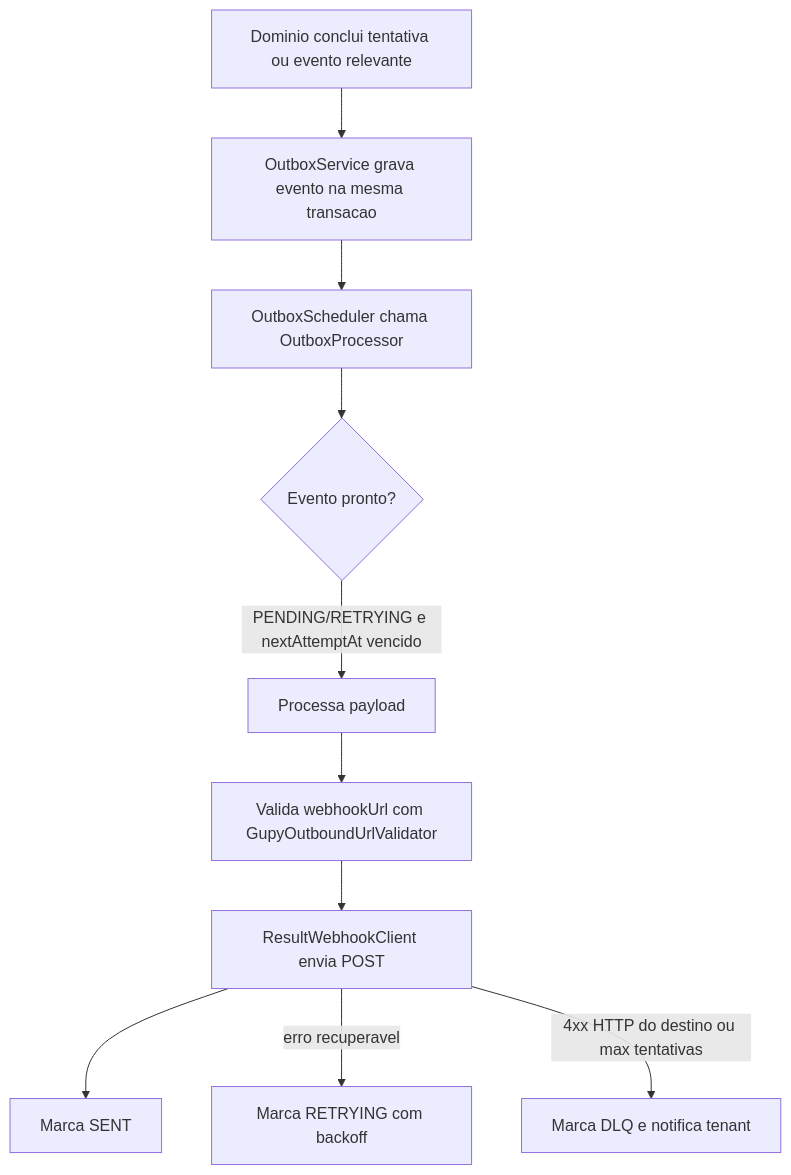
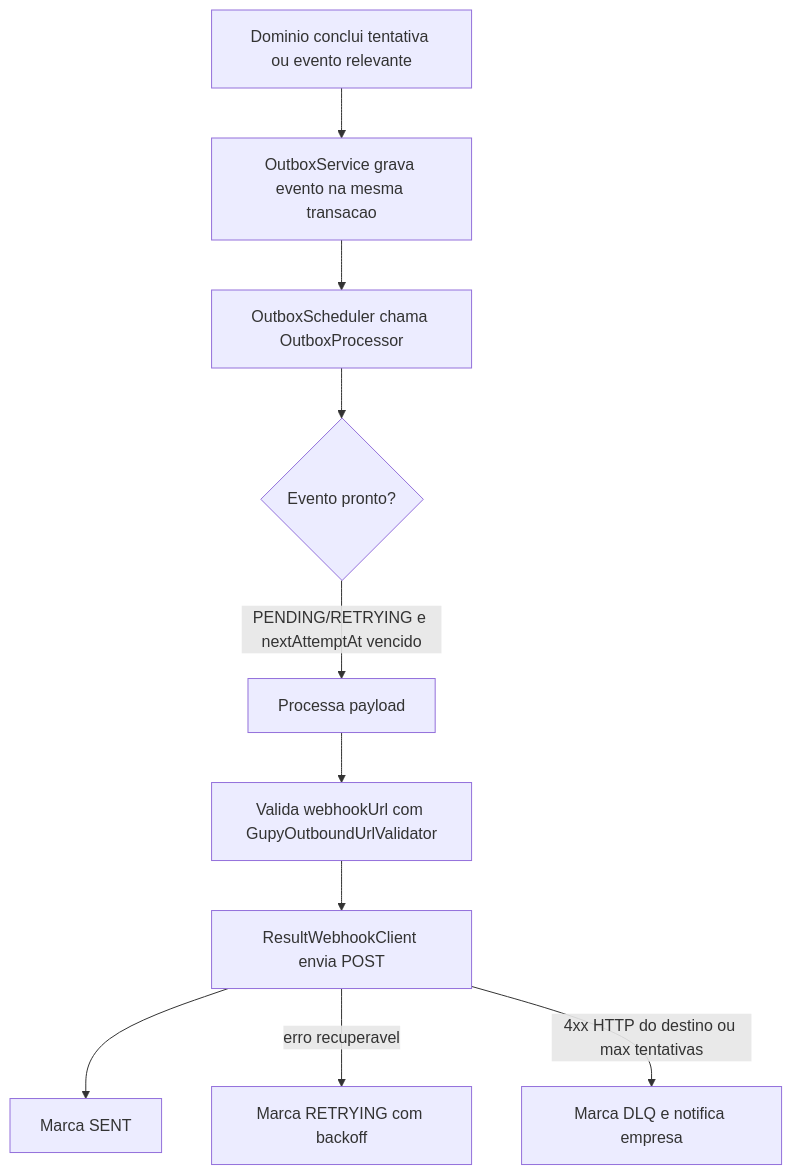
The diagram in docs/ARQUITETURA_OUTBOX_PATTERN.md (diogo2806/praxis), drawn with Mermaid before and after one commit. The commit also changed other lines of this file and 423 other files, not shown here.

First line of the commit message:
rename: tenant -> empresa throughout codebase

````diff
--- a/docs/ARQUITETURA_OUTBOX_PATTERN.md
+++ b/docs/ARQUITETURA_OUTBOX_PATTERN.md
@@ -14,12 +14,12 @@
 ```mermaid
 flowchart TD
   A["Dominio conclui tentativa ou evento relevante"] --> B["OutboxService grava evento na mesma transacao"]
   B --> C["OutboxScheduler chama OutboxProcessor"]
   C --> D{"Evento pronto?"}
   D -->|PENDING/RETRYING e nextAttemptAt vencido| E["Processa payload"]
   E --> F["Valida webhookUrl com GupyOutboundUrlValidator"]
   F --> G["ResultWebhookClient envia POST"]
   G --> H["Marca SENT"]
   G -->|erro recuperavel| I["Marca RETRYING com backoff"]
-  G -->|4xx HTTP do destino ou max tentativas| J["Marca DLQ e notifica tenant"]
+  G -->|4xx HTTP do destino ou max tentativas| J["Marca DLQ e notifica empresa"]
 ```
````
